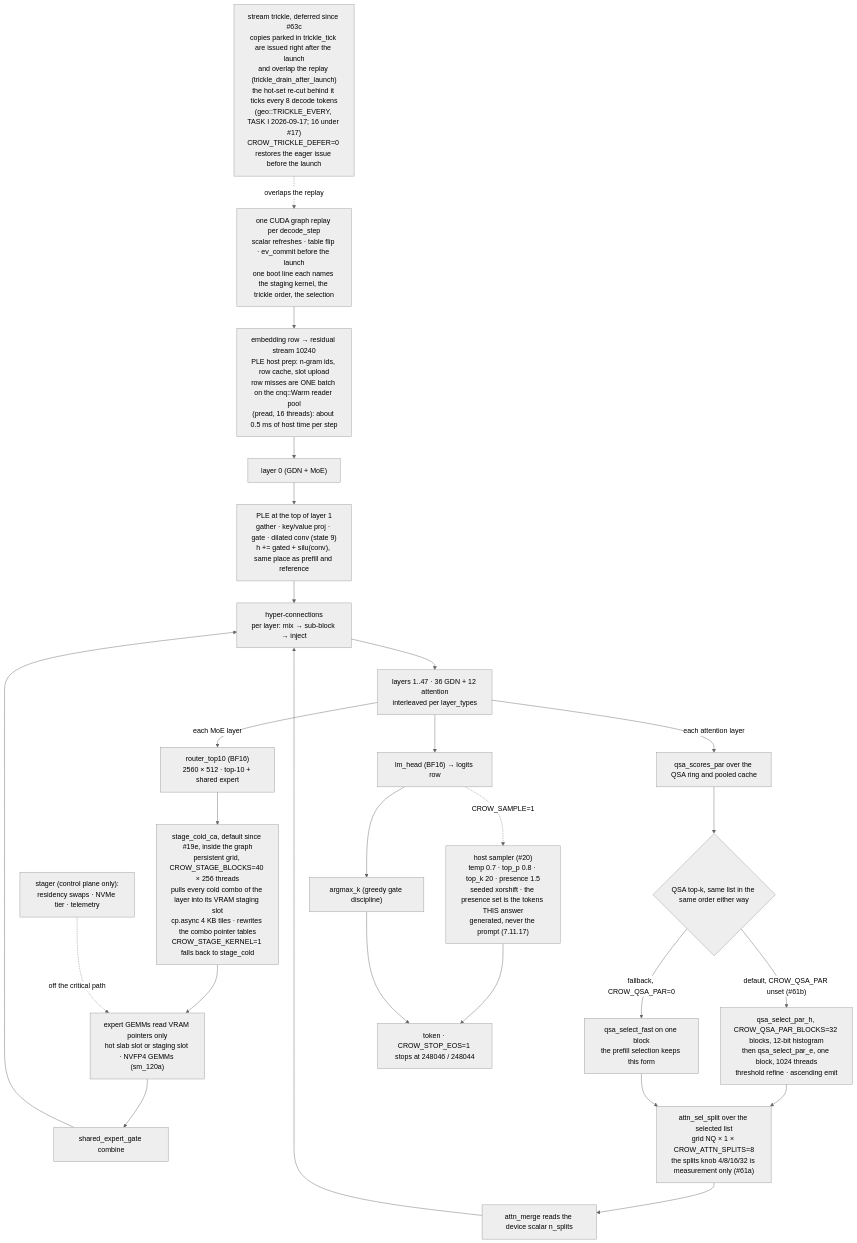
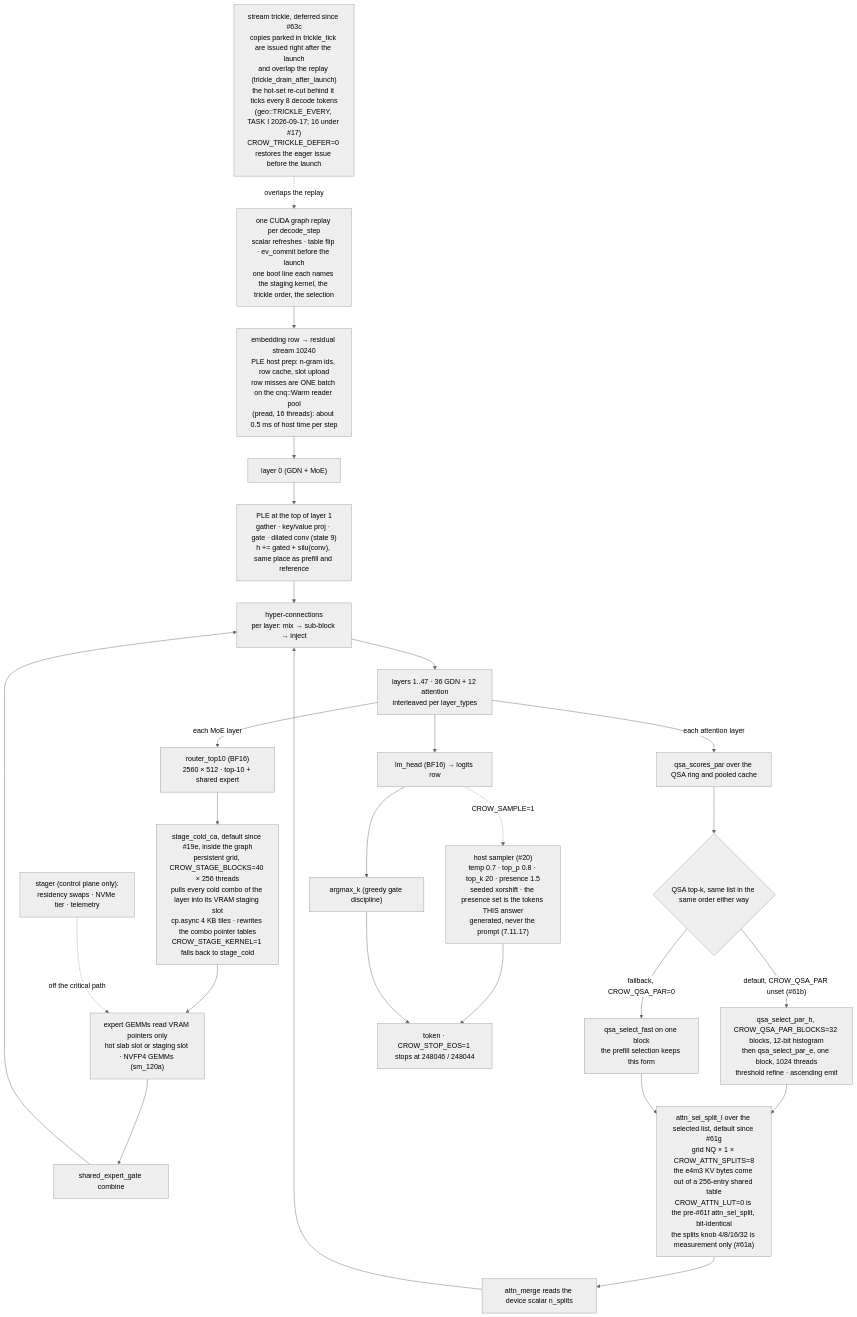
One commit to nibor1896/crow-nest changed the second of 8 diagrams in docs/diagrams.md. Above: the diagram before and after it, drawn with Mermaid (neutral theme). The commit also changed other lines of this file and 9 other files, not shown here.

````diff
--- a/docs/diagrams.md
+++ b/docs/diagrams.md
@@ -42,26 +44,26 @@
 ```mermaid
 flowchart TB
     GRAPH["one CUDA graph replay per decode_step\nscalar refreshes · table flip · ev_commit before the launch\none boot line each names the staging kernel, the trickle order, the selection"]
     TRICKLE["stream trickle, deferred since #63c\ncopies parked in trickle_tick are issued right after the launch\nand overlap the replay (trickle_drain_after_launch)\nthe hot-set re-cut behind it ticks every 8 decode tokens\n(geo::TRICKLE_EVERY, TASK I 2026-09-17; 16 under #17)\nCROW_TRICKLE_DEFER=0 restores the eager issue before the launch"]
     GRAPH --> EMB["embedding row → residual stream 10240\nPLE host prep: n-gram ids, row cache, slot upload\nrow misses are ONE batch on the cnq::Warm reader pool\n(pread, 16 threads): about 0.5 ms of host time per step"]
     TRICKLE -.overlaps the replay.-> GRAPH
     EMB --> L0["layer 0 (GDN + MoE)"]
     L0 --> PLE["PLE at the top of layer 1\ngather · key/value proj · gate · dilated conv (state 9)\nh += gated + silu(conv), same place as prefill and reference"]
     PLE --> HC["hyper-connections\nper layer: mix → sub-block → inject"]
     HC --> LOOP["layers 1..47 · 36 GDN + 12 attention\ninterleaved per layer_types"]
     LOOP -->|each MoE layer| RT["router_top10 (BF16)\n2560 × 512 · top-10 + shared expert"]
     RT --> STG["stage_cold_ca, default since #19e, inside the graph\npersistent grid, CROW_STAGE_BLOCKS=40 × 256 threads\npulls every cold combo of the layer into its VRAM staging slot\ncp.async 4 KB tiles · rewrites the combo pointer tables\nCROW_STAGE_KERNEL=1 falls back to stage_cold"]
     STG --> GEMM["expert GEMMs read VRAM pointers only\nhot slab slot or staging slot · NVFP4 GEMMs (sm_120a)"]
     GEMM --> COMB["shared_expert_gate combine"] --> HC
     LOOP -->|each attention layer| QSC["qsa_scores_par over the QSA ring and pooled cache"]
     QSC --> SEL{"QSA top-k, same list in the same order either way"}
     SEL -->|"default, CROW_QSA_PAR unset (#61b)"| PARS["qsa_select_par_h, CROW_QSA_PAR_BLOCKS=32 blocks, 12-bit histogram\nthen qsa_select_par_e, one block, 1024 threads\nthreshold refine · ascending emit"]
     SEL -->|"fallback, CROW_QSA_PAR=0"| FAST["qsa_select_fast on one block\nthe prefill selection keeps this form"]
-    PARS --> ATT["attn_sel_split over the selected list\ngrid NQ × 1 × CROW_ATTN_SPLITS=8\nthe splits knob 4/8/16/32 is measurement only (#61a)"]
+    PARS --> ATT["attn_sel_split_l over the selected list, default since #61g\ngrid NQ × 1 × CROW_ATTN_SPLITS=8\nthe e4m3 KV bytes come out of a 256-entry shared table\nCROW_ATTN_LUT=0 is the pre-#61f attn_sel_split, bit-identical\nthe splits knob 4/8/16/32 is measurement only (#61a)"]
     FAST --> ATT
     ATT --> MERG["attn_merge reads the device scalar n_splits"] --> HC
     STAGER["stager (control plane only):\nresidency swaps · NVMe tier · telemetry"] -.off the critical path.-> GEMM
     LOOP --> OUT["lm_head (BF16) → logits row"] --> ARG["argmax_k (greedy gate discipline)"]
     OUT -.CROW_SAMPLE=1.-> SMP["host sampler (#20)\ntemp 0.7 · top_p 0.8 · top_k 20 · presence 1.5\nseeded xorshift · the presence set is the tokens THIS answer\ngenerated, never the prompt (7.11.17)"] --> TOK["token · CROW_STOP_EOS=1 stops at 248046 / 248044"]
     ARG --> TOK
 ```
````
